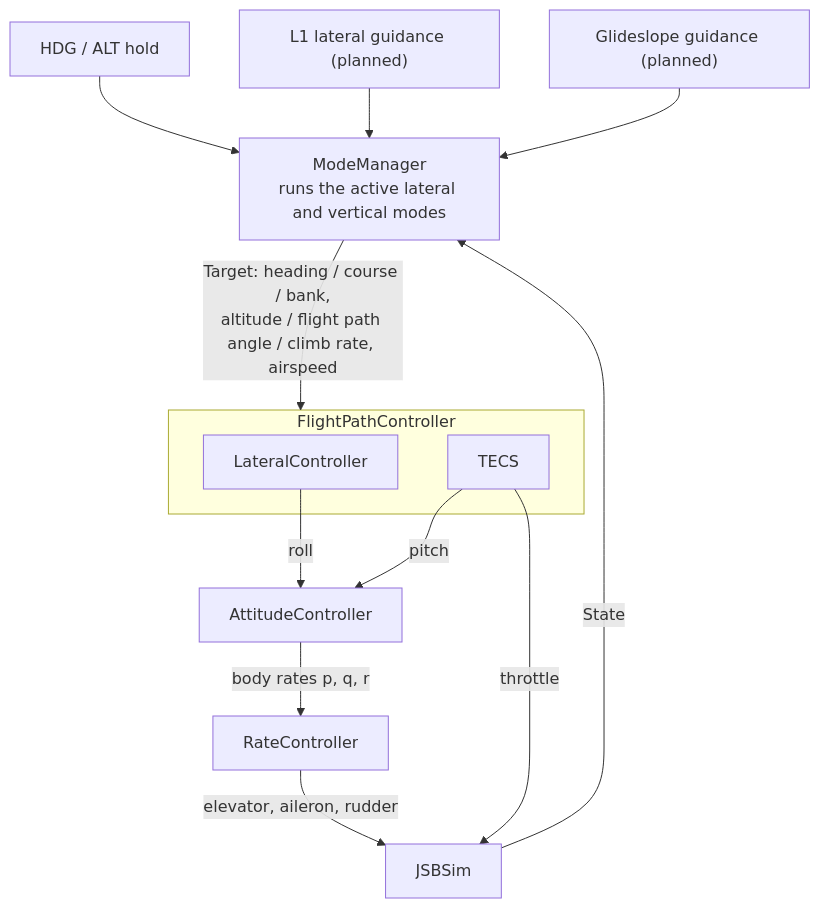
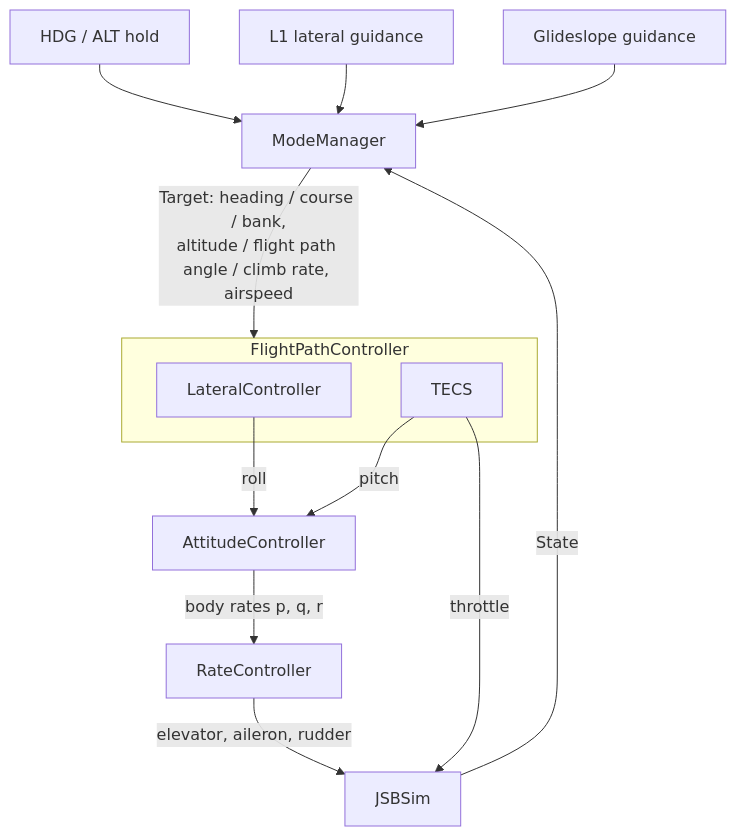
Before and after one commit to honzikschenk/Acessna: the diagram in README.md, drawn with Mermaid. The commit also changed other lines of this file and 26 other files, not shown here.

````diff
--- a/README.md
+++ b/README.md
@@ -24,18 +12,18 @@
 ```mermaid
 flowchart TD
   HOLD["HDG / ALT hold"] --> MM
-  L1["L1 lateral guidance (planned)"] --> MM
-  GS["Glideslope guidance (planned)"] --> MM
-  MM["ModeManager<br/>runs the active lateral and vertical modes"]
+  L1["L1 lateral guidance"] --> MM
+  GS["Glideslope guidance"] --> MM
+  MM["ModeManager"]
   MM -->|"Target: heading / course / bank,<br/>altitude / flight path angle / climb rate, airspeed"| FPC
   subgraph FPC["FlightPathController"]
     LAT["LateralController"]
     TECS["TECS"]
   end
   LAT -->|"roll"| ATT["AttitudeController"]
   TECS -->|"pitch"| ATT
   ATT -->|"body rates p, q, r"| RATE["RateController"]
   RATE -->|"elevator, aileron, rudder"| SIM["JSBSim"]
   TECS -->|"throttle"| SIM
   SIM -->|"State"| MM
 ```
````
